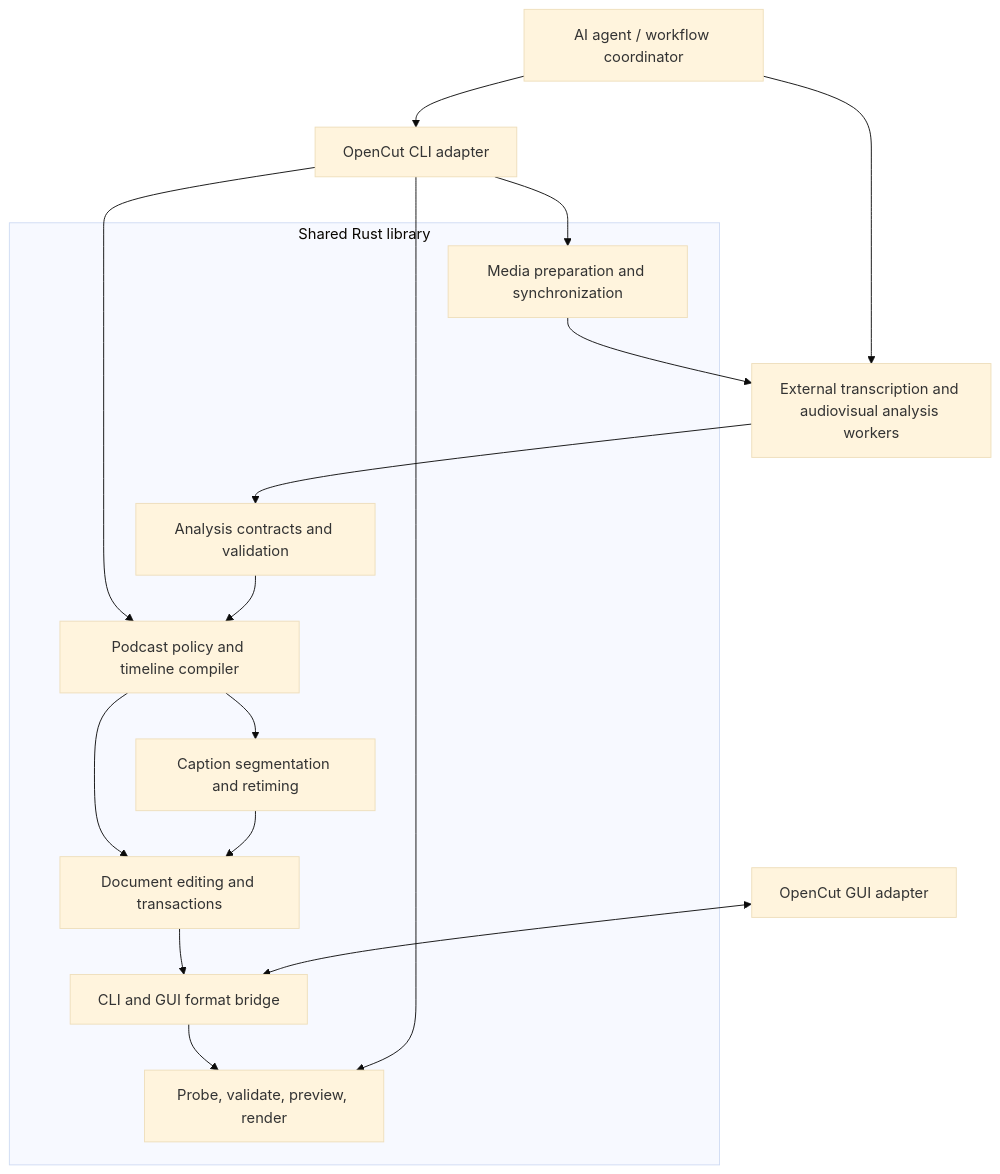
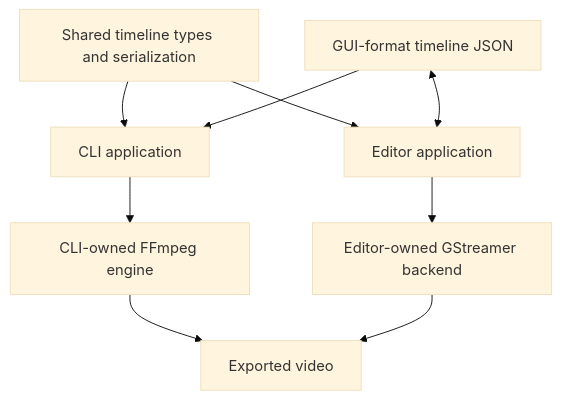
Before and after one commit to waterblower/opencut: the first of 3 diagrams in rust/src/cli/PLAN.md, drawn with Mermaid (base theme). The commit also changed other lines of this file and 53 other files, not shown here.

First line of the commit message:
Unify CLI and editor timeline models

````diff
--- a/rust/src/cli/PLAN.md
+++ b/rust/src/cli/PLAN.md
@@ -38,32 +16,17 @@
 ```mermaid
 flowchart TB
-    Agent[AI agent / workflow coordinator]
-    CLI[OpenCut CLI adapter]
-    GUI[OpenCut GUI adapter]
-    External[External transcription and audiovisual analysis workers]
-
-    subgraph Shared[Shared Rust library]
-        Media[Media preparation and synchronization]
-        Analysis[Analysis contracts and validation]
-        Editing[Document editing and transactions]
-        Podcast[Podcast policy and timeline compiler]
-        Captions[Caption segmentation and retiming]
-        Formats[CLI and GUI format bridge]
-        Engine[Probe, validate, preview, render]
-    end
-
-    Agent --> CLI
-    Agent --> External
-    CLI --> Media
-    Media --> External
-    External --> Analysis
-    CLI --> Podcast
-    Analysis --> Podcast
-    Podcast --> Editing
-    Podcast --> Captions
-    Captions --> Editing
-    Editing --> Formats
-    GUI <--> Formats
-    Formats --> Engine
-    CLI --> Engine
+    Format[Shared timeline types and serialization]
+    File[GUI-format timeline JSON]
+    CLI[CLI application]
+    GUI[Editor application]
+    FFmpeg[CLI-owned FFmpeg engine]
+    GStreamer[Editor-owned GStreamer backend]
+    Format --> CLI
+    Format --> GUI
+    File --> CLI
+    File <--> GUI
+    CLI --> FFmpeg
+    GUI --> GStreamer
+    FFmpeg --> Output[Exported video]
+    GStreamer --> Output
 ```
````
